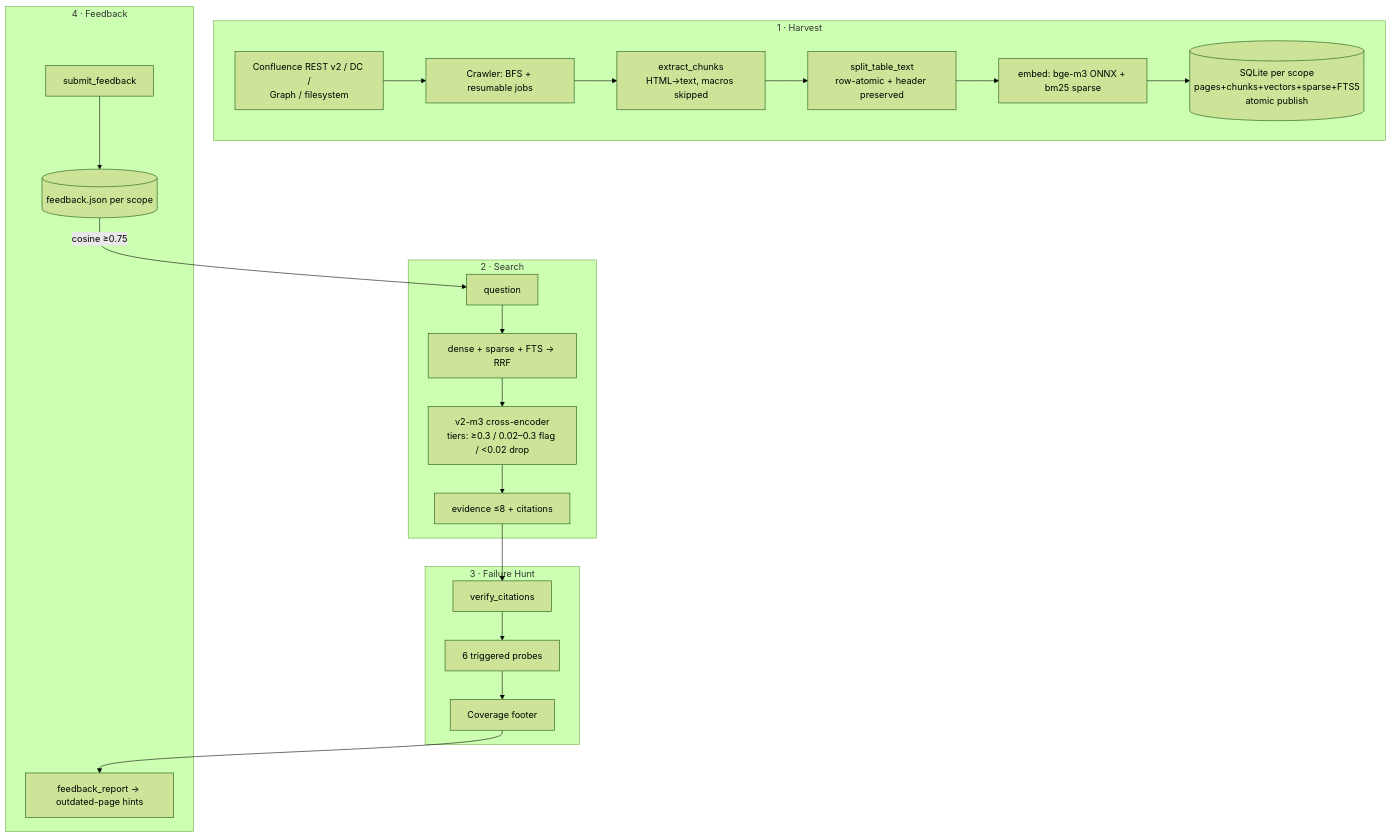
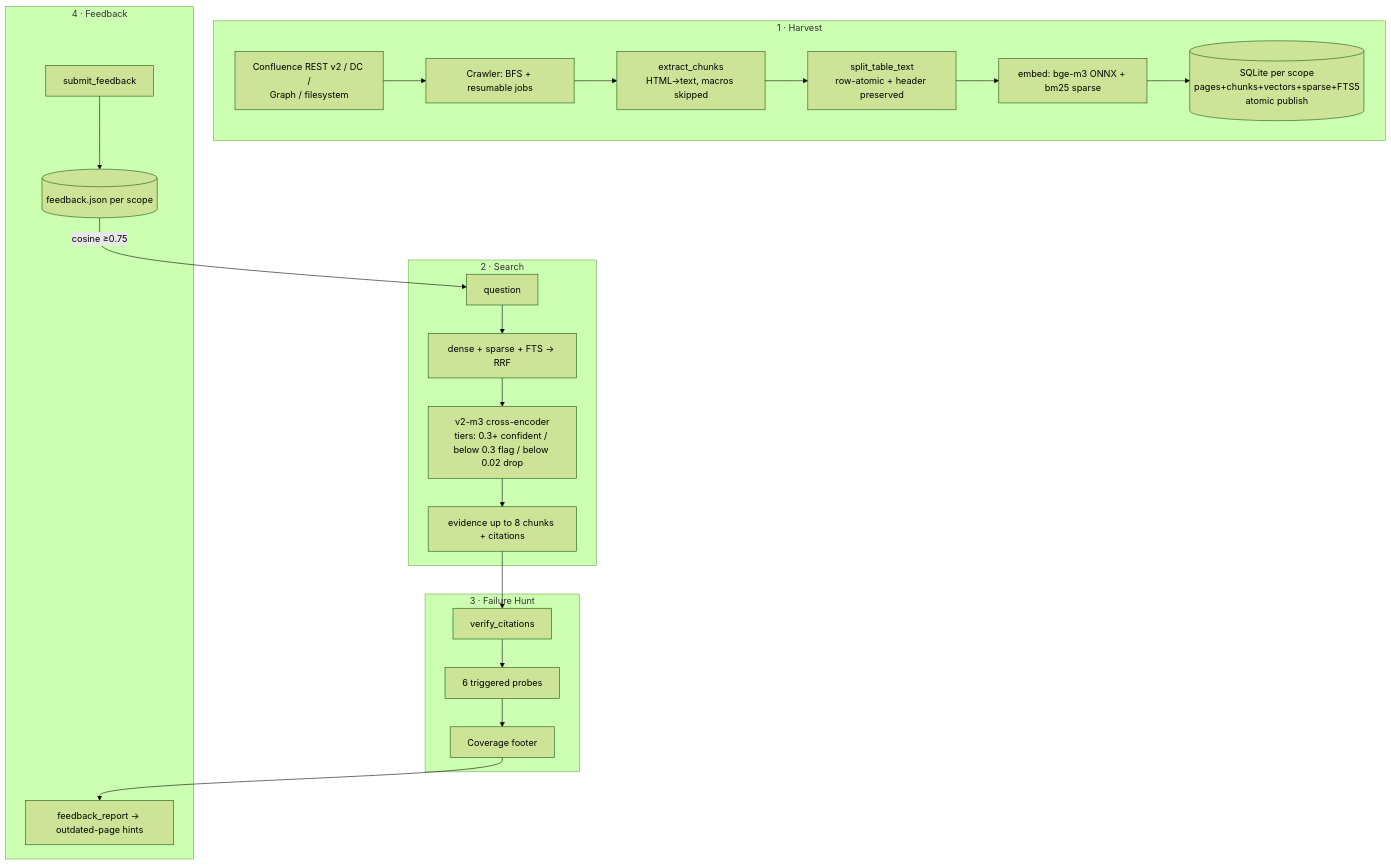
One commit to nkunal1992/agents changed the fifth of 5 diagrams in docs/knowledge-agent-tdd.md. Above: the diagram before and after it, drawn with Mermaid (forest theme). The commit also changed other lines of this file, not shown here.

Commit message:
#109 fix mermaid syntax for GitHub renderer — quote labels, remove < > parens from diagram text

````diff
--- a/docs/knowledge-agent-tdd.md
+++ b/docs/knowledge-agent-tdd.md
@@ -300,25 +300,25 @@
 ```mermaid
 flowchart TD
     subgraph Ingestion["1 · Harvest"]
         API[Confluence REST v2 / DC /<br/>Graph / filesystem] --> CW[Crawler: BFS + resumable jobs]
         CW --> EX[extract_chunks<br/>HTML→text, macros skipped]
         EX --> TB[split_table_text<br/>row-atomic + header preserved]
         TB --> EM[embed: bge-m3 ONNX + bm25 sparse]
-        EM --> IX[(SQLite per scope<br/>pages+chunks+vectors+sparse+FTS5<br/>atomic publish)]
+        EM --> IX[("SQLite per scope<br/>pages+chunks+vectors+sparse+FTS5<br/>atomic publish")]
     end
     subgraph Retrieval["2 · Search"]
         Q[question] --> HY[dense + sparse + FTS → RRF]
-        HY --> RR[v2-m3 cross-encoder<br/>tiers: ≥0.3 / 0.02–0.3 flag / <0.02 drop]
-        RR --> EV[evidence ≤8 + citations]
+        HY --> RR["v2-m3 cross-encoder<br/>tiers: 0.3+ confident / below 0.3 flag / below 0.02 drop"]
+        RR --> EV["evidence up to 8 chunks + citations"]
     end
     subgraph Verify["3 · Failure Hunt"]
         EV --> VP[verify_citations]
         VP --> PR[6 triggered probes]
         PR --> FOOT[Coverage footer]
     end
     subgraph Learn["4 · Feedback"]
-        FB[submit_feedback] --> ST[(feedback.json per scope)]
+        FB[submit_feedback] --> ST[("feedback.json per scope")]
         ST -->|cosine ≥0.75| Q
         FOOT --> RPT[feedback_report → outdated-page hints]
     end
 ```
````
